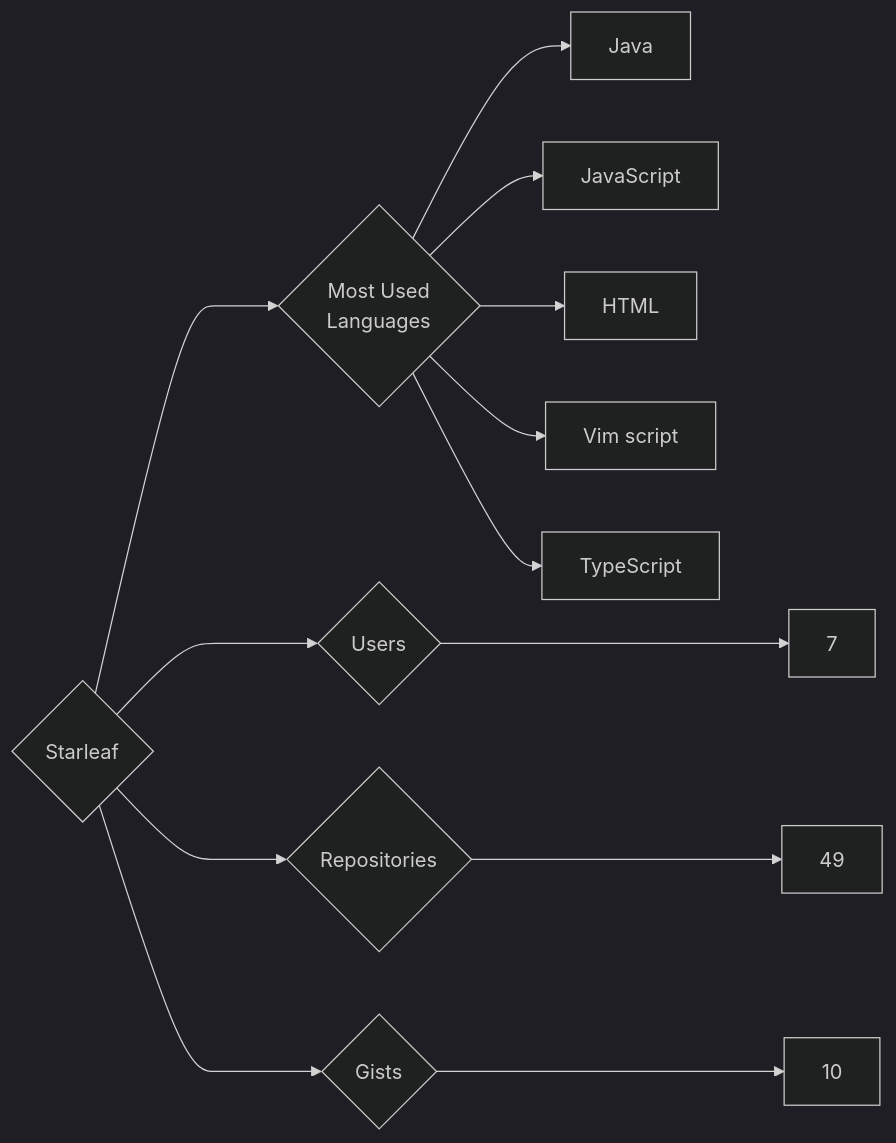
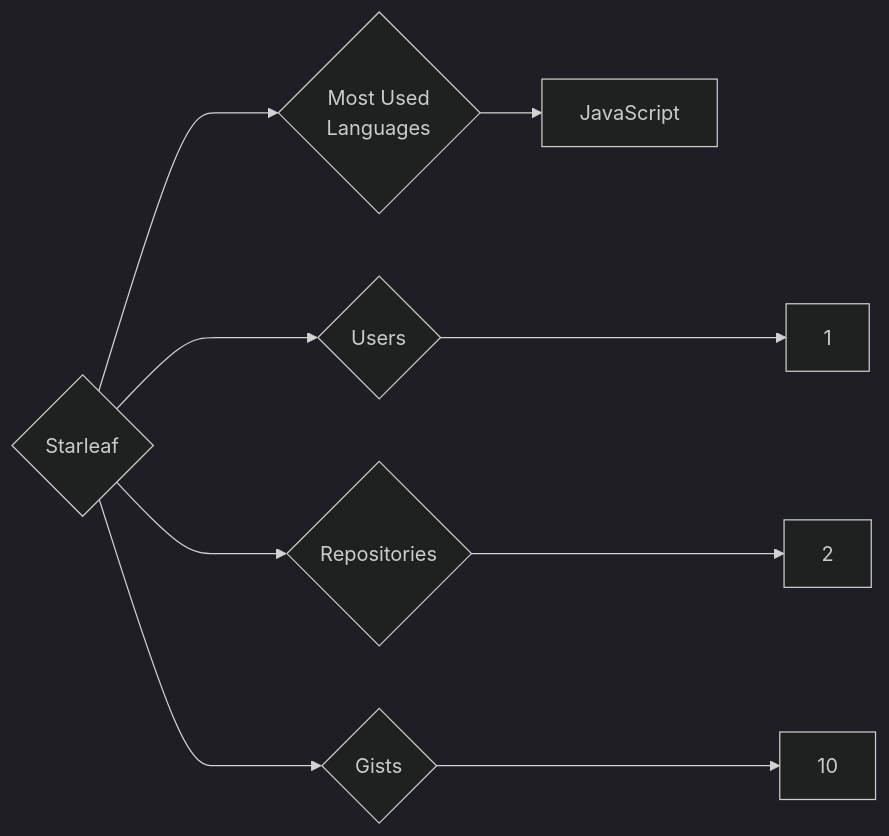
One commit to trickest/insiders changed the diagram in targets/Starleaf/README.md. Above: the diagram before and after it, drawn with Mermaid (dark theme). The commit also changed 995 other files, not shown here.

````diff
--- a/targets/Starleaf/README.md
+++ b/targets/Starleaf/README.md
@@ -3,13 +3,9 @@
 ```mermaid
 graph LR
 COMPANY_NAME{Starleaf}
-COMPANY_NAME ---> U{Users} ---> UN[7]
-COMPANY_NAME ---> R{Repositories} ---> RN[49]
+COMPANY_NAME ---> U{Users} ---> UN[1]
+COMPANY_NAME ---> R{Repositories} ---> RN[2]
 COMPANY_NAME ---> G{Gists} ---> GN[10]
 COMPANY_NAME ---> ML{Most Used<br>Languages}
-ML --> Java[Java]
 ML --> JavaScript[JavaScript]
-ML --> HTML[HTML]
-ML --> Vim_script[Vim script]
-ML --> TypeScript[TypeScript]
 ```
````
